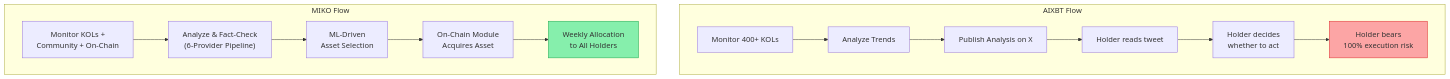
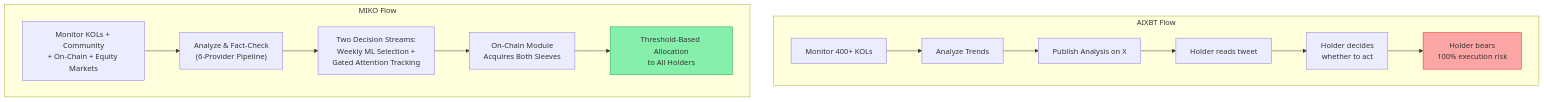
The first of 2 diagrams in docs/ecosystem/competitive-landscape.md (Miko-Protocol/docs), drawn with Mermaid before and after one commit. The commit also changed other lines of this file and 18 other files, not shown here.

````diff
--- a/docs/ecosystem/competitive-landscape.md
+++ b/docs/ecosystem/competitive-landscape.md
@@ -27,18 +27,18 @@
 ```mermaid
 graph TD
     subgraph "AIXBT Flow"
         A1["Monitor 400+ KOLs"] --> A2["Analyze Trends"]
         A2 --> A3["Publish Analysis on X"]
         A3 --> A4["Holder reads tweet"]
         A4 --> A5["Holder decides<br/>whether to act"]
         A5 --> A6["Holder bears<br/>100% execution risk"]
     end
     subgraph "MIKO Flow"
-        M1["Monitor KOLs +<br/>Community + On-Chain"] --> M2["Analyze & Fact-Check<br/>(6-Provider Pipeline)"]
-        M2 --> M3["ML-Driven<br/>Asset Selection"]
-        M3 --> M4["On-Chain Module<br/>Acquires Asset"]
-        M4 --> M5["Weekly Allocation<br/>to All Holders"]
+        M1["Monitor KOLs + Community<br/>+ On-Chain + Equity Markets"] --> M2["Analyze & Fact-Check<br/>(6-Provider Pipeline)"]
+        M2 --> M3["Two Decision Streams:<br/>Weekly ML Selection +<br/>Gated Attention Tracking"]
+        M3 --> M4["On-Chain Module<br/>Acquires Both Sleeves"]
+        M4 --> M5["Threshold-Based Allocation<br/>to All Holders"]
     end
     style A6 fill:#fca5a5,stroke:#dc2626
     style M5 fill:#86efac,stroke:#16a34a
 ```
````
